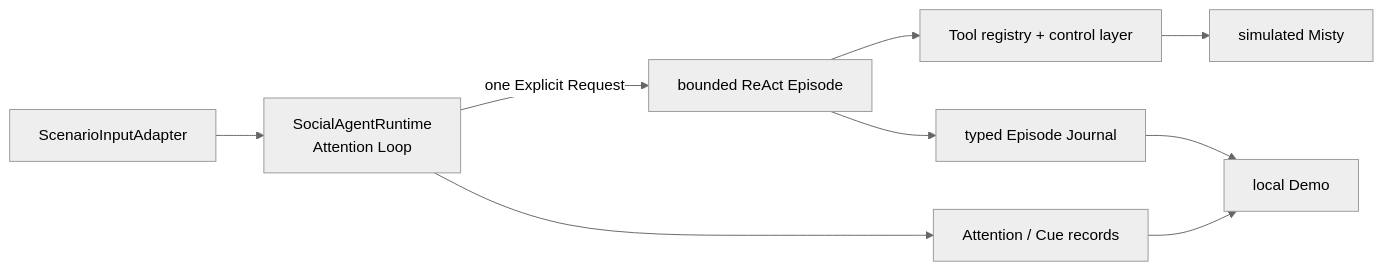
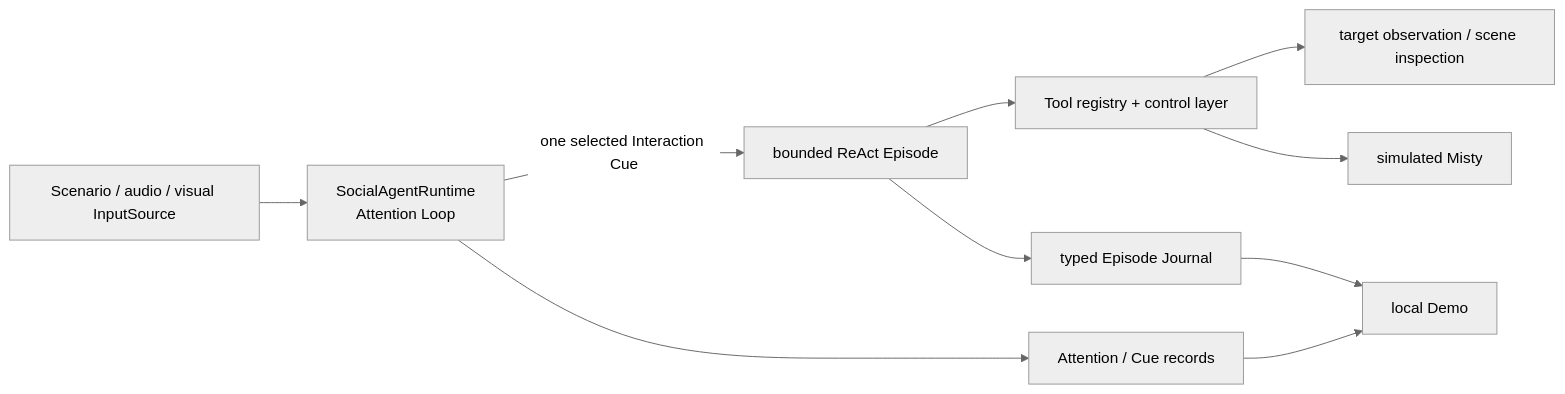
Before and after one commit to jyp-studio/misty-llm-embodied-agent: the diagram in README.md, drawn with Mermaid (neutral theme). The commit also changed other lines of this file and 18 other files, not shown here.

````diff
--- a/README.md
+++ b/README.md
@@ -37,11 +40,12 @@
 ```mermaid
 flowchart LR
-    INPUT["ScenarioInputAdapter"] --> RUNTIME["SocialAgentRuntime<br>Attention Loop"]
-    RUNTIME -->|"one Explicit Request"| EPISODE["bounded ReAct Episode"]
+    INPUT["Scenario / audio / visual InputSource"] --> RUNTIME["SocialAgentRuntime<br>Attention Loop"]
+    RUNTIME -->|"one selected Interaction Cue"| EPISODE["bounded ReAct Episode"]
     EPISODE --> TOOLS["Tool registry + control layer"]
+    TOOLS --> PERCEPTION["target observation / scene inspection"]
     TOOLS --> SIM["simulated Misty"]
     EPISODE --> JOURNAL["typed Episode Journal"]
     RUNTIME --> TRACE["Attention / Cue records"]
     TRACE --> DEMO["local Demo"]
     JOURNAL --> DEMO
 ```
````
